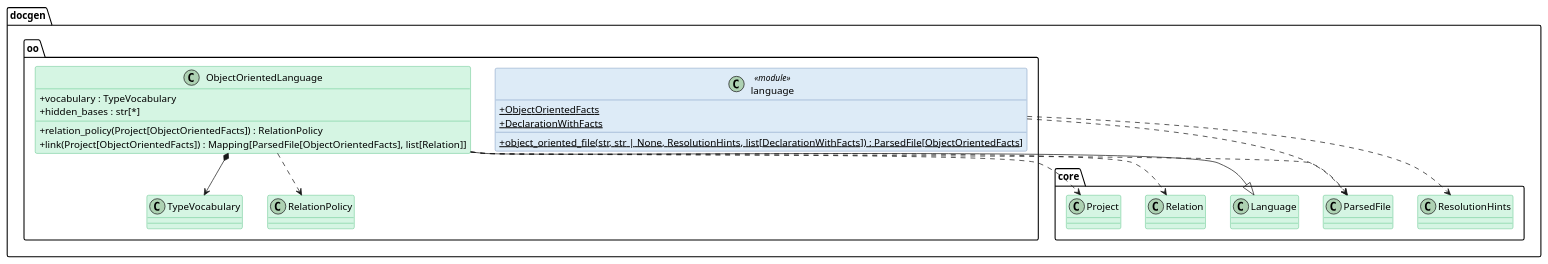
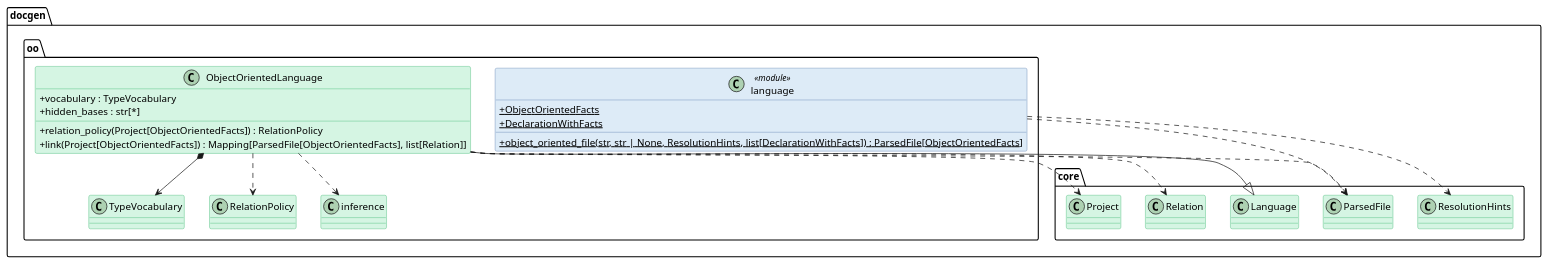
Before and after one commit to Boulede987/DocGeneration: the diagram in docs/Modelisation/ClassDiagram-Full/docgen/oo/language.puml, drawn with PlantUML. The commit also changed 100 other files, not shown here.

```diff
--- a/docs/Modelisation/ClassDiagram-Full/docgen/oo/language.puml
+++ b/docs/Modelisation/ClassDiagram-Full/docgen/oo/language.puml
@@ -1,58 +1,59 @@
 @startuml language
 
 skinparam classAttributeIconSize 0
 skinparam shadowing false
 
 skinparam class {
   BackgroundColor<<interface>> #D6EAF8
   BorderColor<<interface>> #2E86C1
 }
 skinparam class {
   BackgroundColor<<abstract>> #E8DAEF
   BorderColor<<abstract>> #8E44AD
 }
 skinparam class {
   BackgroundColor #D5F5E3
   BorderColor #27AE60
 }
 skinparam class {
   BackgroundColor<<dataclass>> #FCF3CF
   BorderColor<<dataclass>> #B7950B
 }
 skinparam class {
   BackgroundColor<<module>> #DDEBF7
   BorderColor<<module>> #4A6FA5
 }
 skinparam class {
   BackgroundColor<<static>> #a7faa0
   BorderColor<<static>> #38d610
 }
 skinparam class {
   BackgroundColor<<enum>> #F5B7B1
   BorderColor<<enum>> #C0392B
 }
 
 namespace docgen.oo {
 class ObjectOrientedLanguage {
   + vocabulary : TypeVocabulary
   + hidden_bases : str[*]
   + relation_policy(Project[ObjectOrientedFacts]) : RelationPolicy
   + link(Project[ObjectOrientedFacts]) : Mapping[ParsedFile[ObjectOrientedFacts], list[Relation]]
 }
 class language <<module>> {
   + {static} ObjectOrientedFacts
   + {static} DeclarationWithFacts
   + {static} object_oriented_file(str, str | None, ResolutionHints, list[DeclarationWithFacts]) : ParsedFile[ObjectOrientedFacts]
 }
 }
 
 docgen.oo.ObjectOrientedLanguage --|> docgen.core.Language
 docgen.oo.ObjectOrientedLanguage *--> docgen.oo.TypeVocabulary
 docgen.oo.ObjectOrientedLanguage ..> docgen.core.ParsedFile
 docgen.oo.ObjectOrientedLanguage ..> docgen.core.Project
 docgen.oo.ObjectOrientedLanguage ..> docgen.core.Relation
 docgen.oo.ObjectOrientedLanguage ..> docgen.oo.RelationPolicy
 docgen.oo.language ..> docgen.core.ParsedFile
 docgen.oo.language ..> docgen.core.ResolutionHints
+docgen.oo.ObjectOrientedLanguage ..> docgen.oo.inference
 
 @enduml
```
